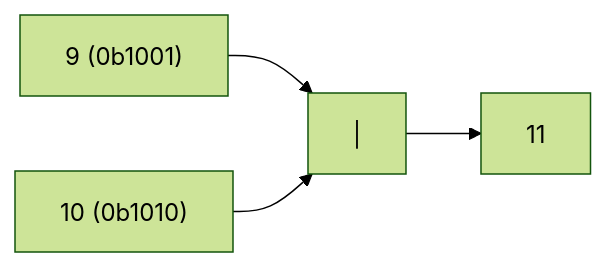
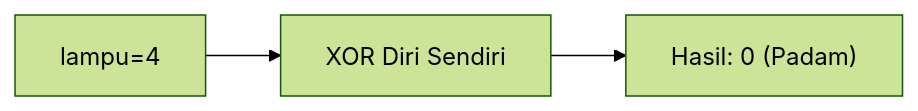
Before and after one commit to amnahwaida/OSNK_INF_PREP: diagram 12 of 25 in part-c-pemahaman-cpp/06-bitwise/latihan/set-12.md, drawn with Mermaid (forest theme). The commit also changed other lines of this file and 71 other files, not shown here.

````diff
--- a/part-c-pemahaman-cpp/06-bitwise/latihan/set-12.md
+++ b/part-c-pemahaman-cpp/06-bitwise/latihan/set-12.md
@@ -311,6 +320,5 @@
 ```mermaid
 graph LR
-A["9 (0b1001)"] --> C["|"]
-B["10 (0b1010)"] --> C
-C --> D["11"]
+A["lampu=4"] --> B["XOR Diri Sendiri"]
+B --> C["Hasil: 0 (Padam)"]
 ```
````
